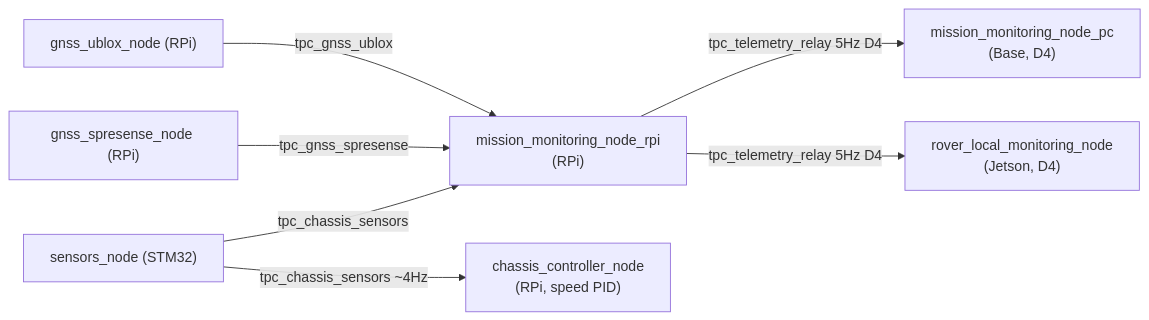
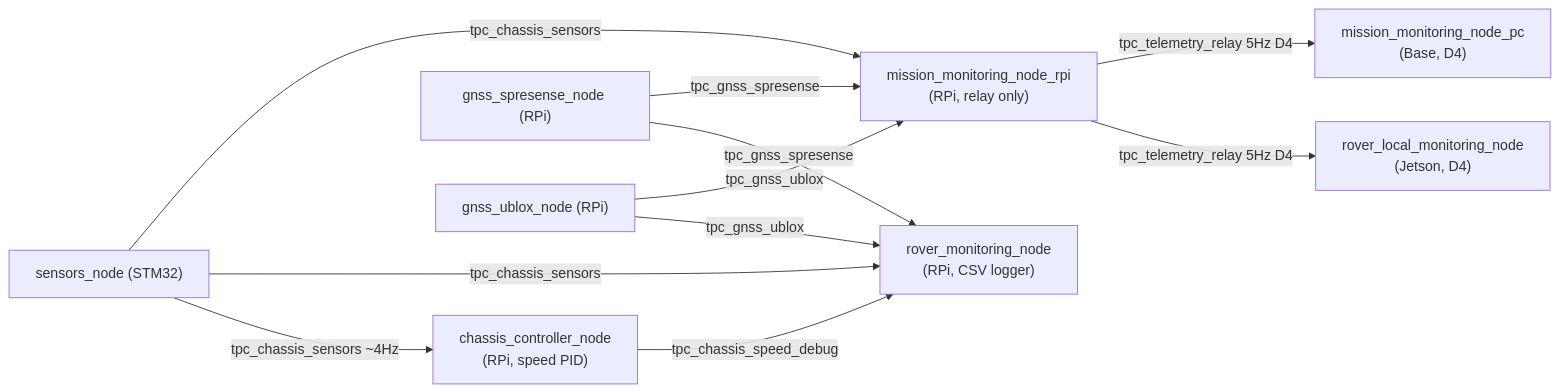
One commit to RoboticsGG/almondmatcha changed the third of 3 diagrams in docs/TOPICS.md. Above: the diagram before and after it, drawn with Mermaid. The commit also changed other lines of this file and 6 other files, not shown here.

````diff
--- a/docs/TOPICS.md
+++ b/docs/TOPICS.md
@@ -450,9 +490,13 @@
 ```mermaid
 flowchart LR
-    SNS["sensors_node (STM32)"] -->|tpc_chassis_sensors| MON["mission_monitoring_node_rpi\n(RPi)"]
+    SNS["sensors_node (STM32)"] -->|tpc_chassis_sensors| MON["mission_monitoring_node_rpi\n(RPi, relay only)"]
+    SNS -->|tpc_chassis_sensors| RMON["rover_monitoring_node\n(RPi, CSV logger)"]
     SNS -->|tpc_chassis_sensors ~4Hz| CC["chassis_controller_node\n(RPi, speed PID)"]
+    CC -->|tpc_chassis_speed_debug| RMON
     SPRES["gnss_spresense_node (RPi)"] -->|tpc_gnss_spresense| MON
+    SPRES -->|tpc_gnss_spresense| RMON
     UBLOX["gnss_ublox_node (RPi)"] -->|tpc_gnss_ublox| MON
+    UBLOX -->|tpc_gnss_ublox| RMON
     MON -->|tpc_telemetry_relay 5Hz D4| PC["mission_monitoring_node_pc\n(Base, D4)"]
     MON -->|tpc_telemetry_relay 5Hz D4| JL["rover_local_monitoring_node\n(Jetson, D4)"]
 ```
````
